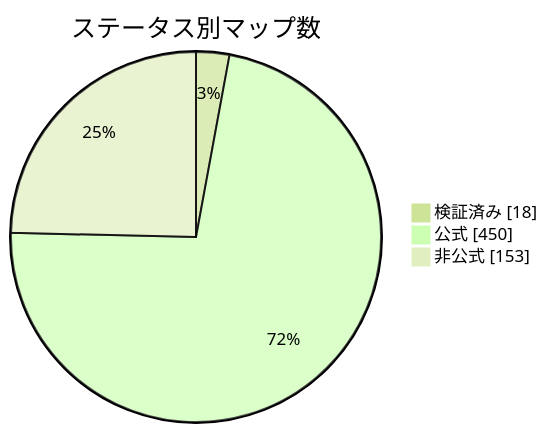
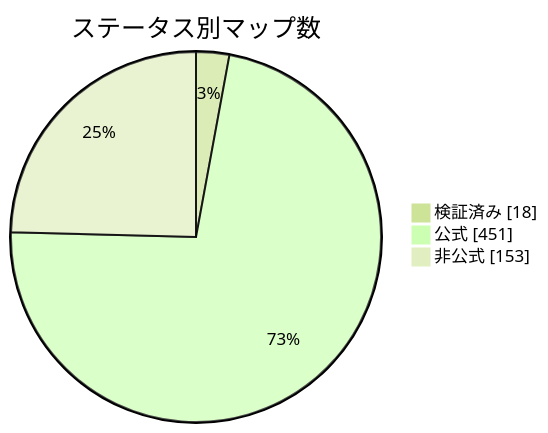
Before and after one commit to nobrega8/mbmap-library: the diagram in docs/readme/README_JP.md, drawn with Mermaid (forest theme). The commit also changed 6 other files, not shown here.

````diff
--- a/docs/readme/README_JP.md
+++ b/docs/readme/README_JP.md
@@ -54,7 +54,7 @@
 ```mermaid
 pie showData
     title ステータス別マップ数
     "検証済み" : 18
-    "公式" : 450
+    "公式" : 451
     "非公式" : 153
 ```
````
